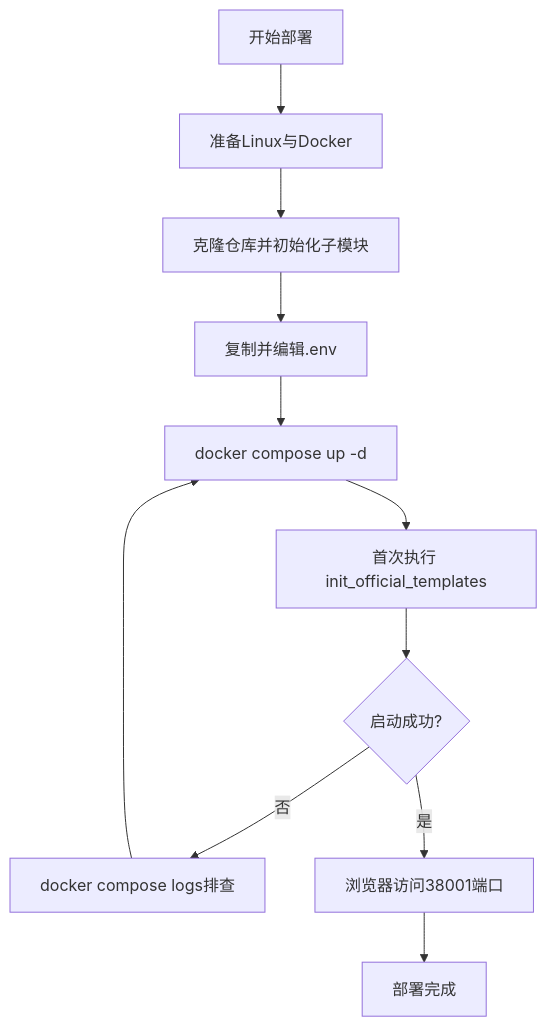
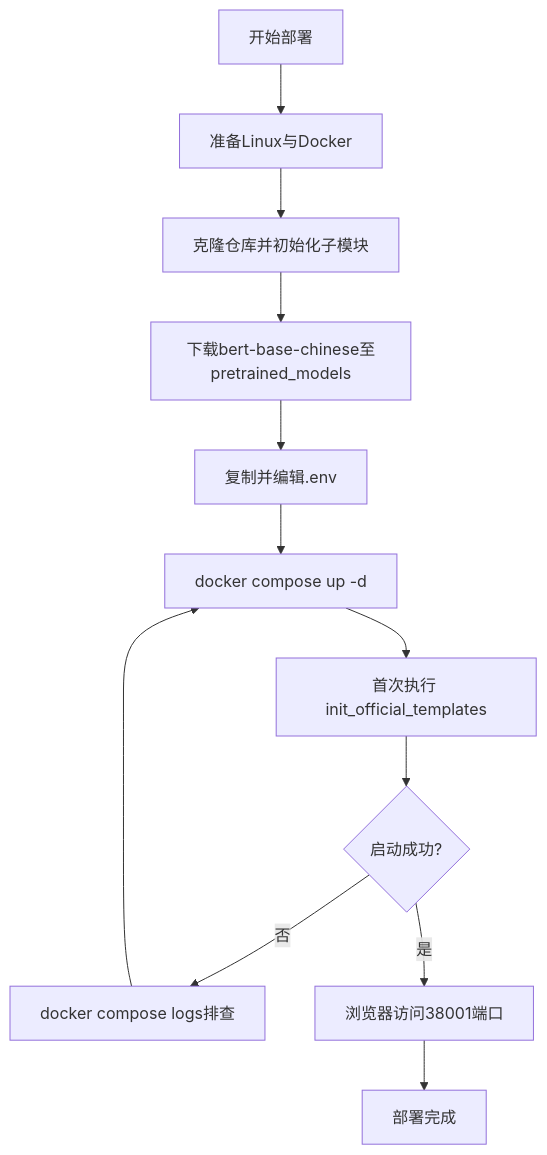
Before and after one commit to dhr2333/Beancount-Trans-Docs: the diagram in docs-dev/01-自托管.md, drawn with Mermaid. The commit also changed other lines of this file, not shown here.

````diff
--- a/docs-dev/01-自托管.md
+++ b/docs-dev/01-自托管.md
@@ -190,24 +198,26 @@
 ```mermaid
 flowchart TD
   startNode[开始部署]
   prepEnv[准备Linux与Docker]
   cloneRepo[克隆仓库并初始化子模块]
+  dlModel[下载bert-base-chinese至pretrained_models]
   envFile[复制并编辑.env]
   composeUp[docker compose up -d]
   initTpl[首次执行 init_official_templates]
   checkOk{启动成功?}
   viewLogs[docker compose logs排查]
   openWeb[浏览器访问38001端口]
   doneNode[部署完成]
 
   startNode --> prepEnv
   prepEnv --> cloneRepo
-  cloneRepo --> envFile
+  cloneRepo --> dlModel
+  dlModel --> envFile
   envFile --> composeUp
   composeUp --> initTpl
   initTpl --> checkOk
   checkOk -->|否| viewLogs
   viewLogs --> composeUp
   checkOk -->|是| openWeb
   openWeb --> doneNode
 ```
````
